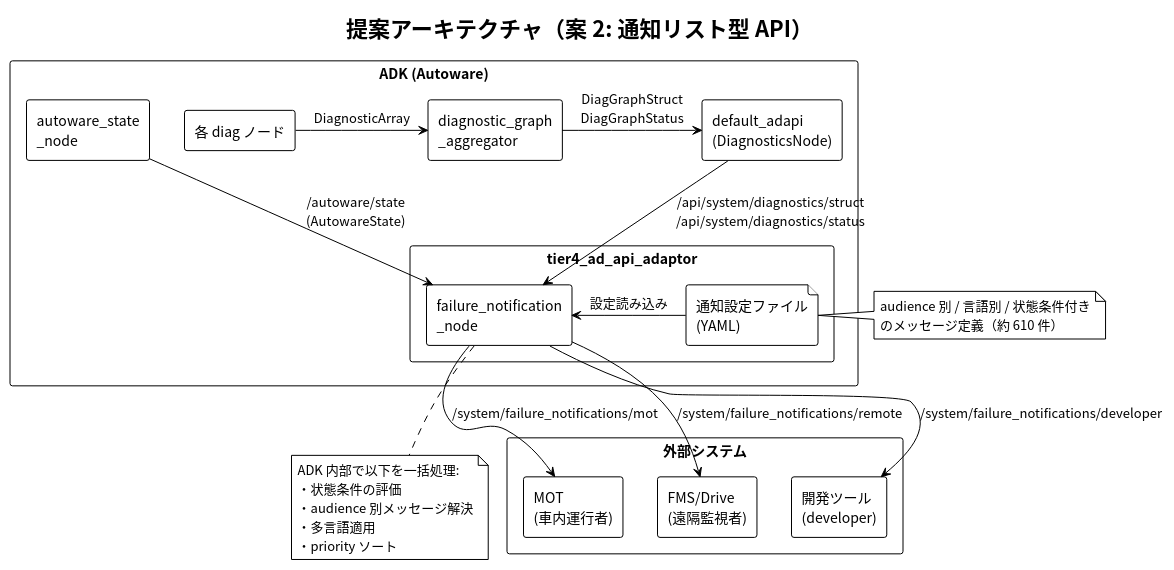
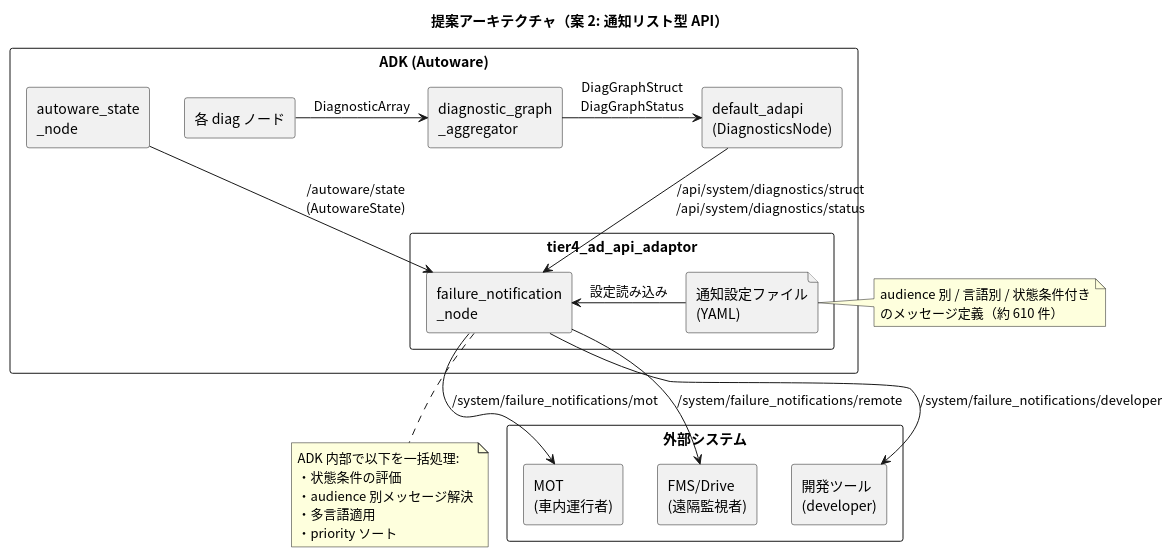
One commit to tier4/tier4_ad_api_adaptor changed the diagram in doc/design/failure-notification/figures/proposed_architecture.puml. Above: the diagram before and after it, drawn with PlantUML. The commit also changed 3 other files, not shown here.

First line of the commit message:
docs: set PlantUML theme to _none_ for proposed architecture figures

```diff
--- a/doc/design/failure-notification/figures/proposed_architecture.puml
+++ b/doc/design/failure-notification/figures/proposed_architecture.puml
@@ -1,50 +1,50 @@
 @startuml proposed_architecture
-!theme plain
+!theme _none_
 skinparam backgroundColor white
 skinparam componentStyle rectangle
 skinparam packageStyle rectangle
 skinparam defaultFontName "Noto Sans CJK JP"
 
 title 提案アーキテクチャ（案 2: 通知リスト型 API）
 
 package "ADK (Autoware)" {
   component "各 diag ノード" as DiagNodes
   component "diagnostic_graph\n_aggregator" as Aggregator
   component "default_adapi\n(DiagnosticsNode)" as ADAPI
   component "autoware_state\n_node" as StateNode
 
   package "tier4_ad_api_adaptor" {
     component "failure_notification\n_node" as FNNode
     file "通知設定ファイル\n(YAML)" as Config
   }
 
   DiagNodes -right-> Aggregator : DiagnosticArray
   Aggregator -right-> ADAPI : DiagGraphStruct\nDiagGraphStatus
   ADAPI -down-> FNNode : /api/system/diagnostics/struct\n/api/system/diagnostics/status
   StateNode -down-> FNNode : /autoware/state\n(AutowareState)
   Config -left-> FNNode : 設定読み込み
 }
 
 package "外部システム" {
   component "MOT\n(車内運行者)" as MOT
   component "FMS/Drive\n(遠隔監視者)" as Remote
   component "開発ツール\n(developer)" as Dev
 }
 
 FNNode -down-> MOT : /system/failure_notifications/mot
 FNNode -down-> Remote : /system/failure_notifications/remote
 FNNode -down-> Dev : /system/failure_notifications/developer
 
 note bottom of FNNode
   ADK 内部で以下を一括処理:
   ・状態条件の評価
   ・audience 別メッセージ解決
   ・多言語適用
   ・priority ソート
 end note
 
 note right of Config
   audience 別 / 言語別 / 状態条件付き
   のメッセージ定義（約 610 件）
 end note
 @enduml
```
